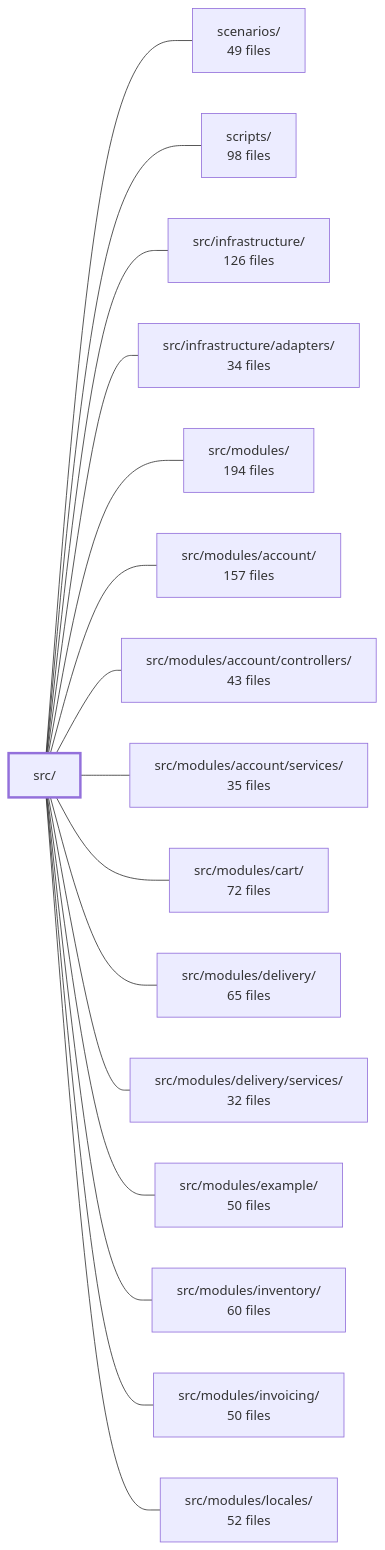
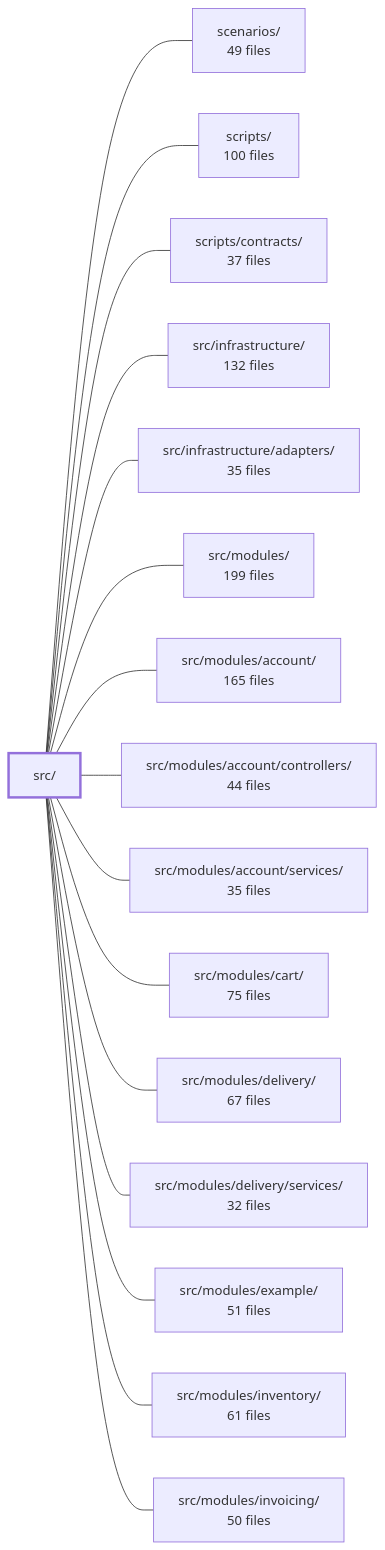
One commit to Guebbit/boilerplate-node-backend changed the diagram in .2brain/modules/boilerplate-node-backend_src.md. Above: the diagram before and after it, drawn with Mermaid. The commit also changed other lines of this file and 1102 other files, not shown here.

````diff
--- a/.2brain/modules/boilerplate-node-backend_src.md
+++ b/.2brain/modules/boilerplate-node-backend_src.md
@@ -38,35 +41,35 @@
 ```mermaid
 flowchart LR
     m_src["src/"]
     m_scenarios["scenarios/<br/>49 files"]
-    m_scripts["scripts/<br/>98 files"]
-    m_src_infrastructure["src/infrastructure/<br/>126 files"]
-    m_src_infrastructure_adapters["src/infrastructure/adapters/<br/>34 files"]
-    m_src_modules["src/modules/<br/>194 files"]
-    m_src_modules_account["src/modules/account/<br/>157 files"]
-    m_src_modules_account_controllers["src/modules/account/controllers/<br/>43 files"]
+    m_scripts["scripts/<br/>100 files"]
+    m_scripts_contracts["scripts/contracts/<br/>37 files"]
+    m_src_infrastructure["src/infrastructure/<br/>132 files"]
+    m_src_infrastructure_adapters["src/infrastructure/adapters/<br/>35 files"]
+    m_src_modules["src/modules/<br/>199 files"]
+    m_src_modules_account["src/modules/account/<br/>165 files"]
+    m_src_modules_account_controllers["src/modules/account/controllers/<br/>44 files"]
     m_src_modules_account_services["src/modules/account/services/<br/>35 files"]
-    m_src_modules_cart["src/modules/cart/<br/>72 files"]
-    m_src_modules_delivery["src/modules/delivery/<br/>65 files"]
+    m_src_modules_cart["src/modules/cart/<br/>75 files"]
+    m_src_modules_delivery["src/modules/delivery/<br/>67 files"]
     m_src_modules_delivery_services["src/modules/delivery/services/<br/>32 files"]
-    m_src_modules_example["src/modules/example/<br/>50 files"]
-    m_src_modules_inventory["src/modules/inventory/<br/>60 files"]
+    m_src_modules_example["src/modules/example/<br/>51 files"]
+    m_src_modules_inventory["src/modules/inventory/<br/>61 files"]
     m_src_modules_invoicing["src/modules/invoicing/<br/>50 files"]
-    m_src_modules_locales["src/modules/locales/<br/>52 files"]
     m_src --- m_scenarios
     m_src --- m_scripts
+    m_src --- m_scripts_contracts
     m_src --- m_src_infrastructure
     m_src --- m_src_infrastructure_adapters
     m_src --- m_src_modules
     m_src --- m_src_modules_account
     m_src --- m_src_modules_account_controllers
     m_src --- m_src_modules_account_services
     m_src --- m_src_modules_cart
     m_src --- m_src_modules_delivery
     m_src --- m_src_modules_delivery_services
     m_src --- m_src_modules_example
     m_src --- m_src_modules_inventory
     m_src --- m_src_modules_invoicing
-    m_src --- m_src_modules_locales
     style m_src stroke-width:3px
 ```
````
